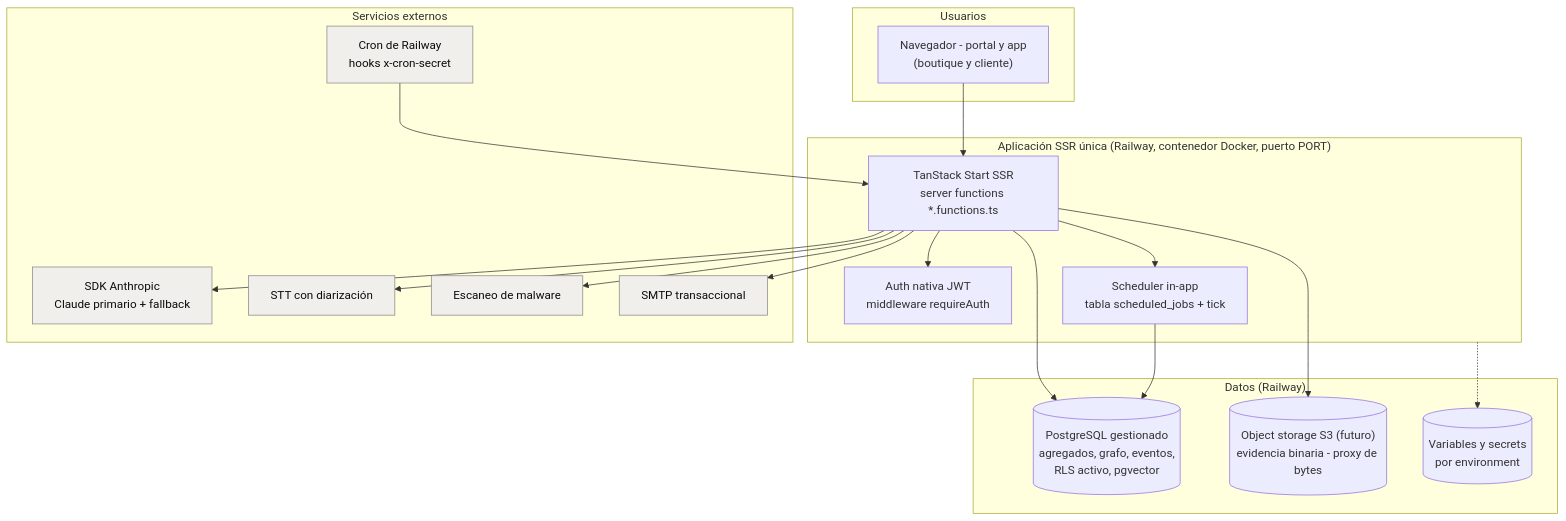
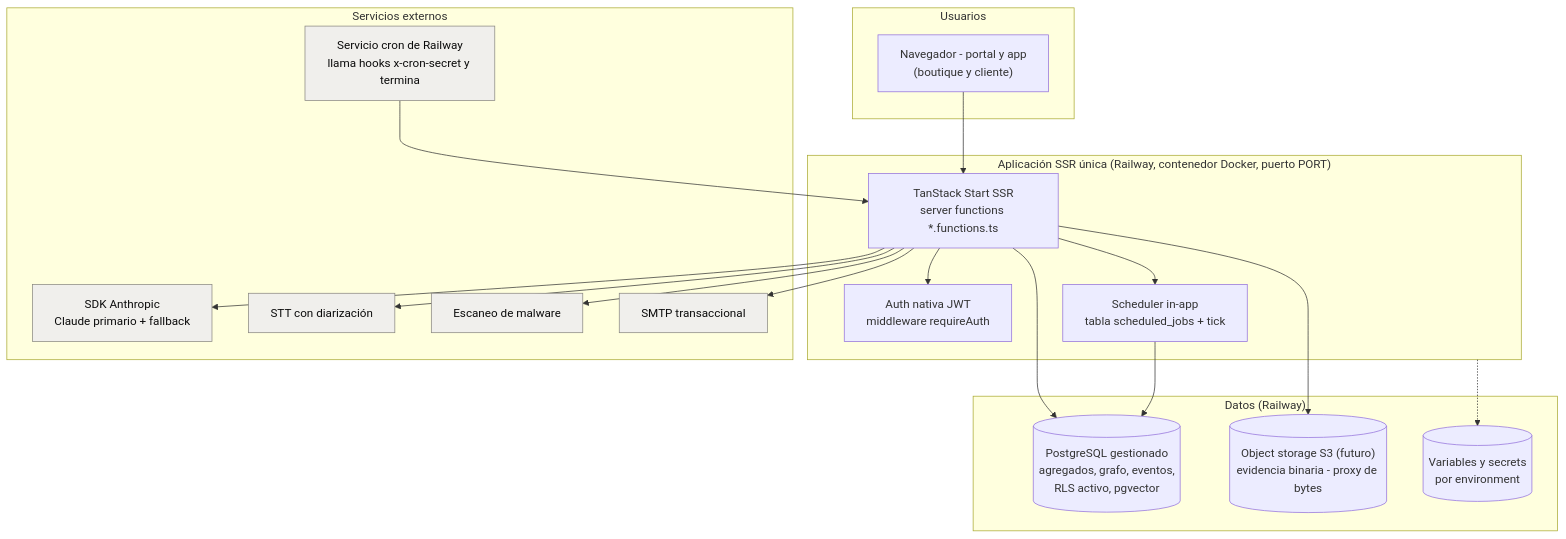
Before and after one commit to jtrujillo-ws/designio-app: the first of 2 diagrams in docs/06-diseno-tecnico/diseno-tecnico.md, drawn with Mermaid. The commit also changed other lines of this file and 1 other file, not shown here.

First line of the commit message:
Precisar el backstop de jobs: servicio cron de Railway aparte que llama el hook y termina

````diff
--- a/docs/06-diseno-tecnico/diseno-tecnico.md
+++ b/docs/06-diseno-tecnico/diseno-tecnico.md
@@ -115,42 +115,42 @@
 ```mermaid
 flowchart TD
   subgraph Clientes["Usuarios"]
     B["Navegador - portal y app<br/>(boutique y cliente)"]
   end
 
   subgraph App["Aplicación SSR única (Railway, contenedor Docker, puerto PORT)"]
     W["TanStack Start SSR<br/>server functions *.functions.ts"]
     AUTH["Auth nativa JWT<br/>middleware requireAuth"]
     SCH["Scheduler in-app<br/>tabla scheduled_jobs + tick"]
   end
 
   subgraph Datos["Datos (Railway)"]
     PG[("PostgreSQL gestionado<br/>agregados, grafo, eventos,<br/>RLS activo, pgvector")]
     OS[("Object storage S3 (futuro)<br/>evidencia binaria - proxy de bytes")]
     SM[("Variables y secrets<br/>por environment")]
   end
 
   subgraph Ext["Servicios externos"]
     LLM["SDK Anthropic<br/>Claude primario + fallback"]
     STT["STT con diarización"]
     AV["Escaneo de malware"]
     MAIL["SMTP transaccional"]
-    CT["Cron de Railway<br/>hooks x-cron-secret"]
+    CT["Servicio cron de Railway<br/>llama hooks x-cron-secret y termina"]
   end
 
   B --> W
   W --> AUTH
   W --> PG
   W --> OS
   W --> SCH
   SCH --> PG
   CT --> W
   W --> LLM
   W --> STT
   W --> AV
   W --> MAIL
   App -.-> SM
 
   classDef ext fill:#f0efec,stroke:#898781,color:#0b0b0b
   class LLM,STT,AV,MAIL,CT ext
 ```
````
